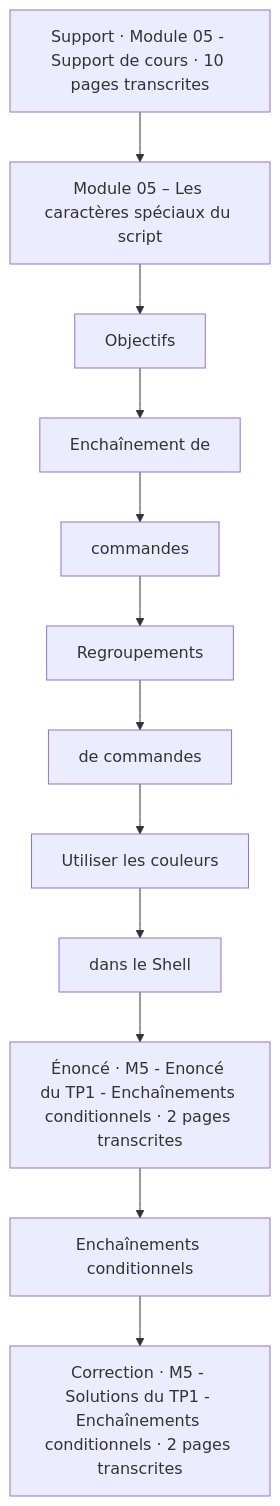
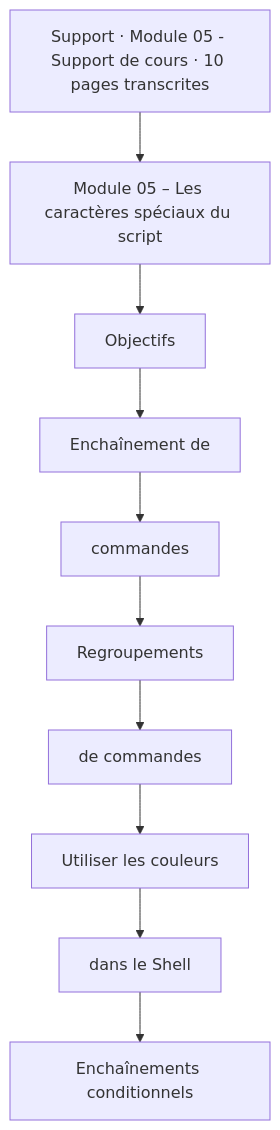
The first of 4 diagrams in docs/modules/11-initiation-scripting-bash/module-05-les-caracteres-speciaux-du-script.md (sk34pk25/tssr-cours), drawn with Mermaid before and after one commit. The commit also changed other lines of this file and 108 other files, not shown here.

````diff
--- a/docs/modules/11-initiation-scripting-bash/module-05-les-caracteres-speciaux-du-script.md
+++ b/docs/modules/11-initiation-scripting-bash/module-05-les-caracteres-speciaux-du-script.md
@@ -23,26 +23,22 @@
 ```mermaid
 flowchart TD
     N1["Support · Module 05 - Support de cours · 10 pages transcrites"]
     N2["Module 05 – Les caractères spéciaux du script"]
     N3["Objectifs"]
     N4["Enchaînement de"]
     N5["commandes"]
     N6["Regroupements"]
     N7["de commandes"]
     N8["Utiliser les couleurs"]
     N9["dans le Shell"]
-    N10["Énoncé · M5 - Enoncé du TP1 - Enchaînements conditionnels · 2 pages transcrites"]
     N11["Enchaînements conditionnels"]
-    N12["Correction · M5 - Solutions du TP1 - Enchaînements conditionnels · 2 pages transcrites"]
     N1 --> N2
     N2 --> N3
     N3 --> N4
     N4 --> N5
     N5 --> N6
     N6 --> N7
     N7 --> N8
     N8 --> N9
-    N9 --> N10
-    N10 --> N11
-    N11 --> N12
+    N9 --> N11
 ```
````
